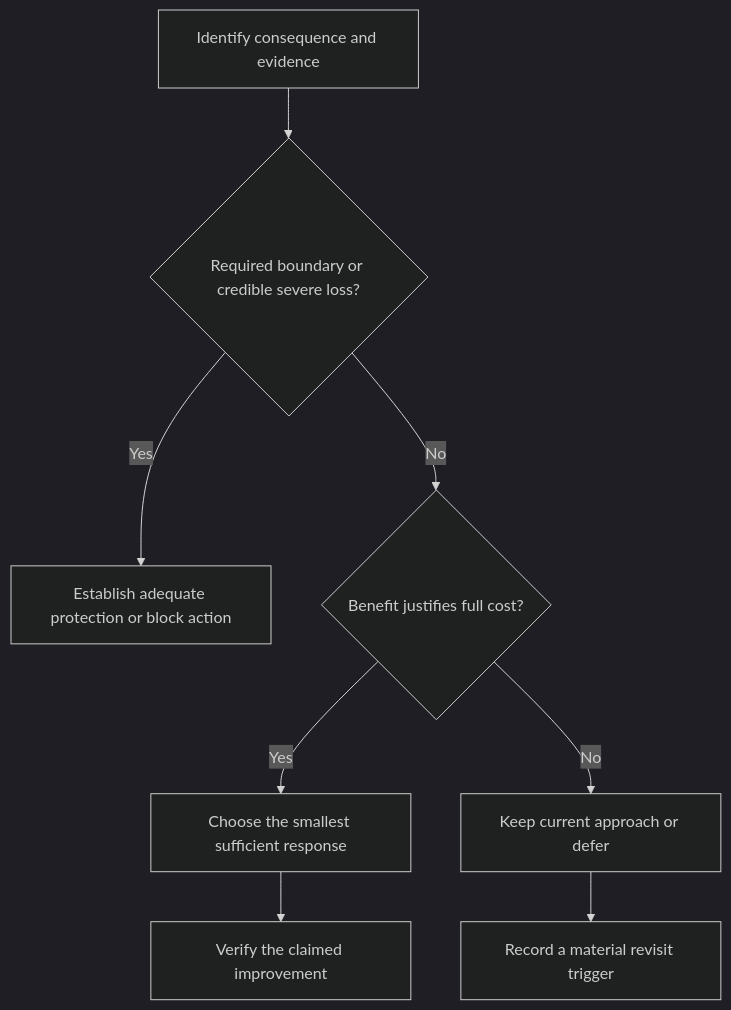
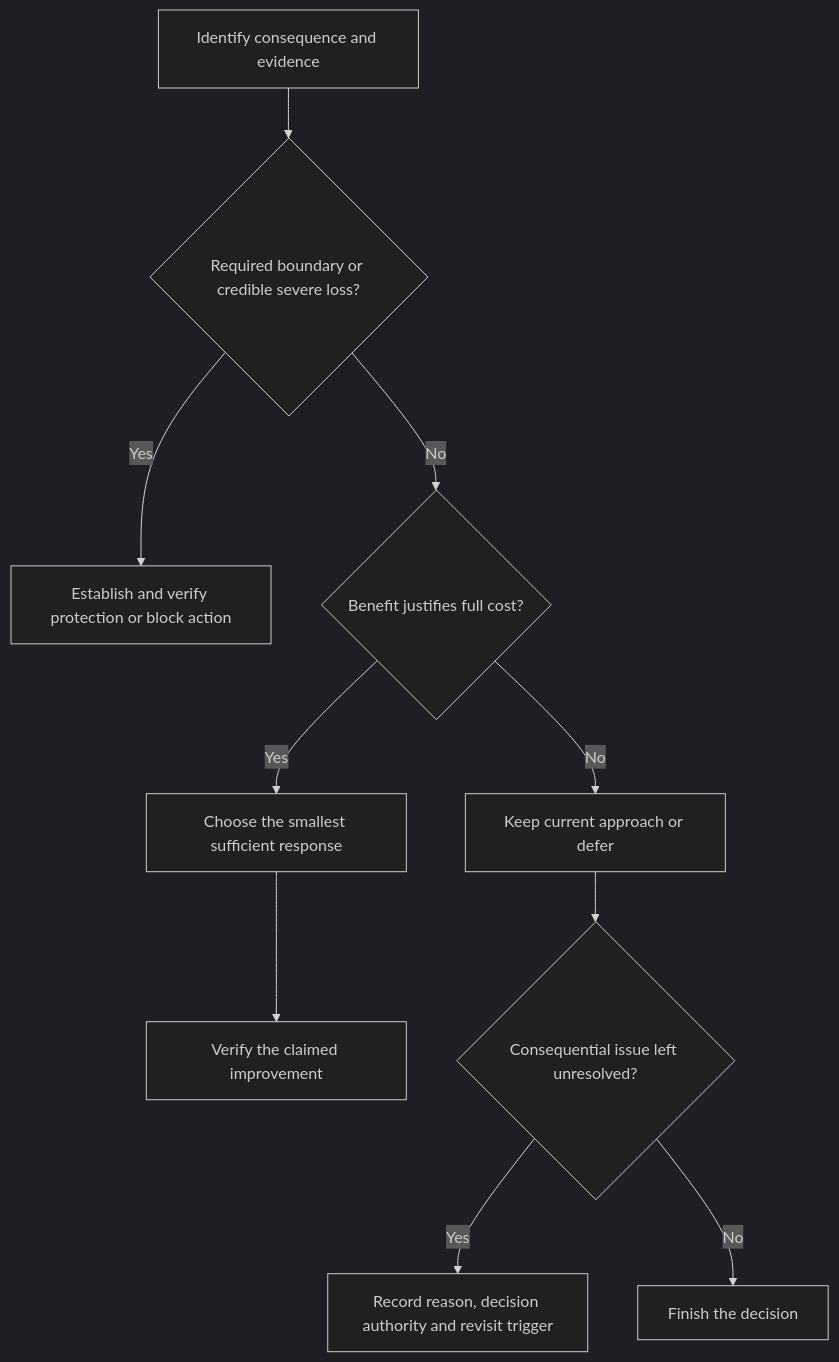
One commit to 661818yijack/ej-engineering-foundations changed the diagram in 05-risk-based-prioritization.md. Above: the diagram before and after it, drawn with Mermaid (dark theme). The commit also changed 5 other files, not shown here.

First line of the commit message:
Clarify authority, conditional checks and decision diagrams: review round 2

````diff
--- a/05-risk-based-prioritization.md
+++ b/05-risk-based-prioritization.md
@@ -34,10 +34,12 @@
 ```mermaid
 flowchart TD
     A["Identify consequence and evidence"] --> B{"Required boundary or credible severe loss?"}
-    B -->|Yes| C["Establish adequate protection or block action"]
+    B -->|Yes| C["Establish and verify protection or block action"]
     B -->|No| D{"Benefit justifies full cost?"}
     D -->|Yes| E["Choose the smallest sufficient response"]
     D -->|No| F["Keep current approach or defer"]
     E --> G["Verify the claimed improvement"]
-    F --> H["Record a material revisit trigger"]
+    F --> H{"Consequential issue left unresolved?"}
+    H -->|Yes| I["Record reason, decision authority and revisit trigger"]
+    H -->|No| J["Finish the decision"]
 ```
````
